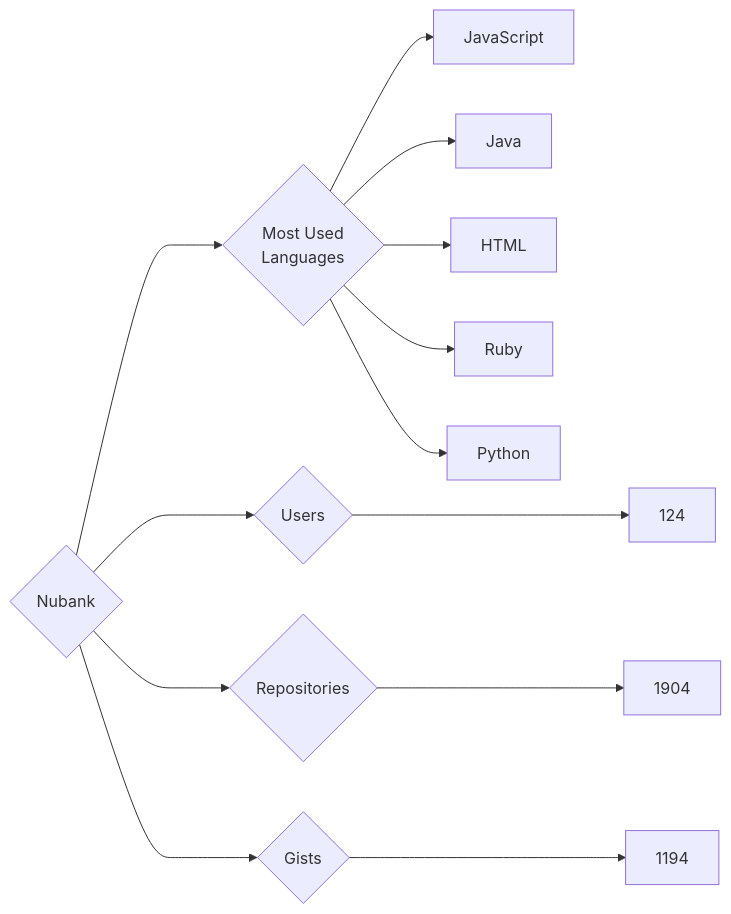
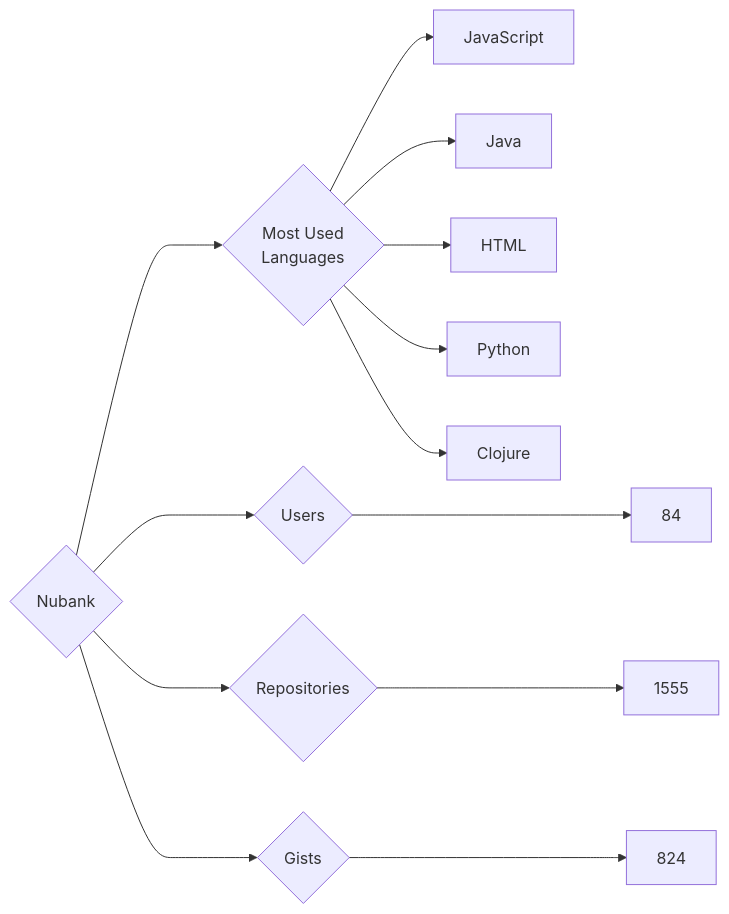
The diagram in targets/Nubank/README.md (trickest/insiders), drawn with Mermaid before and after one commit. The commit also changed 928 other files, not shown here.

````diff
--- a/targets/Nubank/README.md
+++ b/targets/Nubank/README.md
@@ -3,13 +3,13 @@
 ```mermaid
 graph LR
 COMPANY_NAME{Nubank}
-COMPANY_NAME ---> U{Users} ---> UN[124]
-COMPANY_NAME ---> R{Repositories} ---> RN[1904]
-COMPANY_NAME ---> G{Gists} ---> GN[1194]
+COMPANY_NAME ---> U{Users} ---> UN[84]
+COMPANY_NAME ---> R{Repositories} ---> RN[1555]
+COMPANY_NAME ---> G{Gists} ---> GN[824]
 COMPANY_NAME ---> ML{Most Used<br>Languages}
 ML --> JavaScript[JavaScript]
 ML --> Java[Java]
 ML --> HTML[HTML]
-ML --> Ruby[Ruby]
 ML --> Python[Python]
+ML --> Clojure[Clojure]
 ```
````
